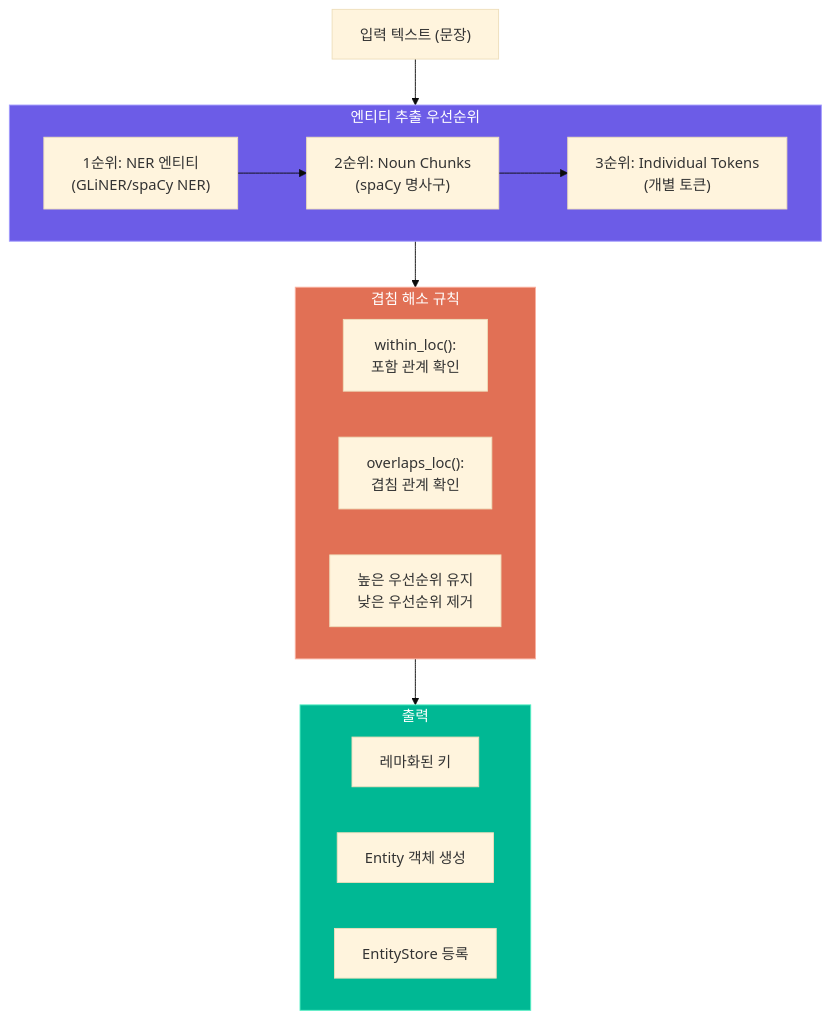
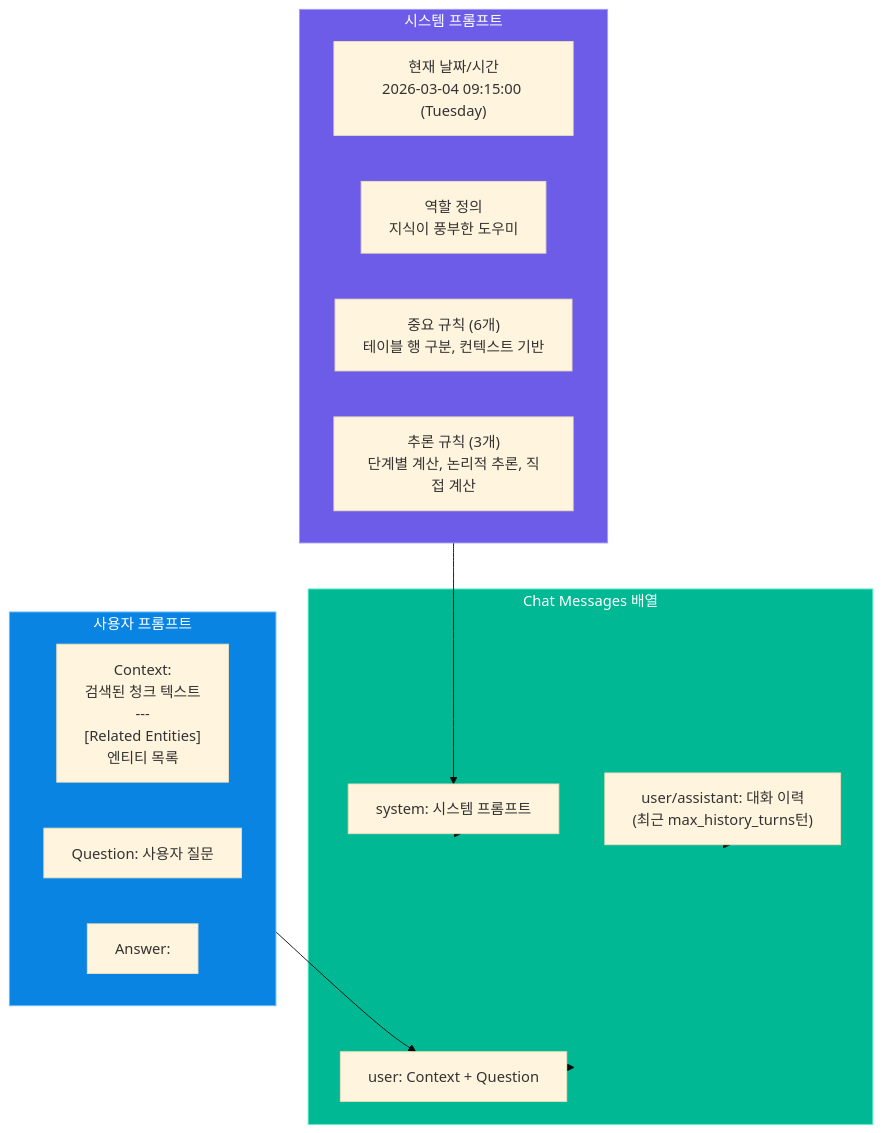
The tenth of 10 diagrams in docs/02_block_and_sequence_diagrams.md (laurus-kpa007/GraphRAG-Senzing), drawn with Mermaid (base theme) before and after one commit. The commit also changed other lines of this file and 4 other files, not shown here.

````diff
--- a/docs/02_block_and_sequence_diagrams.md
+++ b/docs/02_block_and_sequence_diagrams.md
@@ -518,32 +469,31 @@
 ```mermaid
 graph TD
-    INPUT["입력 텍스트 (문장)"]
-
-    subgraph PRIORITY["엔티티 추출 우선순위"]
-        direction LR
-        P1["1순위: NER 엔티티\n(GLiNER/spaCy NER)"]
-        P2["2순위: Noun Chunks\n(spaCy 명사구)"]
-        P3["3순위: Individual Tokens\n(개별 토큰)"]
-        P1 --> P2 --> P3
+    subgraph SYSTEM_PROMPT["시스템 프롬프트"]
+        TIME["현재 날짜/시간\n2026-03-04 09:15:00 (Tuesday)"]
+        ROLE["역할 정의\n지식이 풍부한 도우미"]
+        RULES["중요 규칙 (6개)\n테이블 행 구분, 컨텍스트 기반"]
+        REASONING["추론 규칙 (3개)\n단계별 계산, 논리적 추론, 직접 계산"]
     end
 
-    subgraph OVERLAP["겹침 해소 규칙"]
-        O1["within_loc():\n포함 관계 확인"]
-        O2["overlaps_loc():\n겹침 관계 확인"]
-        O3["높은 우선순위 유지\n낮은 우선순위 제거"]
+    subgraph USER_PROMPT["사용자 프롬프트"]
+        CONTEXT["Context:\n검색된 청크 텍스트\n---\n[Related Entities]\n엔티티 목록"]
+        QUESTION["Question: 사용자 질문"]
+        ANSWER_TAG["Answer:"]
     end
 
-    subgraph OUTPUT_ENT["출력"]
-        LEMMA["레마화된 키"]
-        ENTITY_OBJ["Entity 객체 생성"]
-        ENCODE["EntityStore 등록"]
+    subgraph MESSAGES["Chat Messages 배열"]
+        MSG_SYS["system: 시스템 프롬프트"]
+        MSG_HIST["user/assistant: 대화 이력\n(최근 max_history_turns턴)"]
+        MSG_USER["user: Context + Question"]
     end
 
-    INPUT --> PRIORITY
-    PRIORITY --> OVERLAP
-    OVERLAP --> OUTPUT_ENT
+    SYSTEM_PROMPT --> MSG_SYS
+    USER_PROMPT --> MSG_USER
+    MSG_SYS --> MESSAGES
+    MSG_HIST --> MESSAGES
+    MSG_USER --> MESSAGES
 
-    style PRIORITY fill:#6c5ce7,stroke:#a29bfe,color:#fff
-    style OVERLAP fill:#e17055,stroke:#fab1a0,color:#fff
-    style OUTPUT_ENT fill:#00b894,stroke:#55efc4,color:#fff
+    style SYSTEM_PROMPT fill:#6c5ce7,stroke:#a29bfe,color:#fff
+    style USER_PROMPT fill:#0984e3,stroke:#74b9ff,color:#fff
+    style MESSAGES fill:#00b894,stroke:#55efc4,color:#fff
 ```
````
